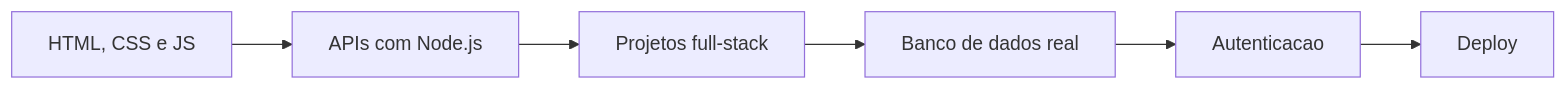
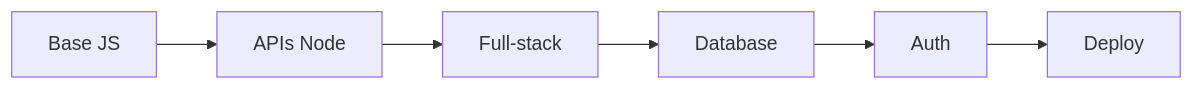
Before and after one commit to Kenjihidehira/Kenjihidehira: the diagram in README.md, drawn with Mermaid. The commit also changed other lines of this file, not shown here.

Commit message:
Reestiliza perfil com cards visuais SVG

````diff
--- a/README.md
+++ b/README.md
@@ -176,8 +155,8 @@
 ```mermaid
 flowchart LR
-  A["HTML, CSS e JS"] --> B["APIs com Node.js"]
-  B --> C["Projetos full-stack"]
-  C --> D["Banco de dados real"]
-  D --> E["Autenticacao"]
+  A["Base JS"] --> B["APIs Node"]
+  B --> C["Full-stack"]
+  C --> D["Database"]
+  D --> E["Auth"]
   E --> F["Deploy"]
 ```
````
